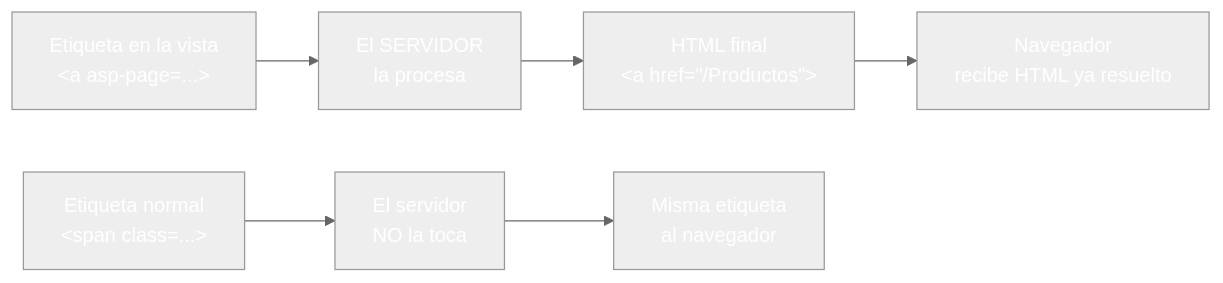
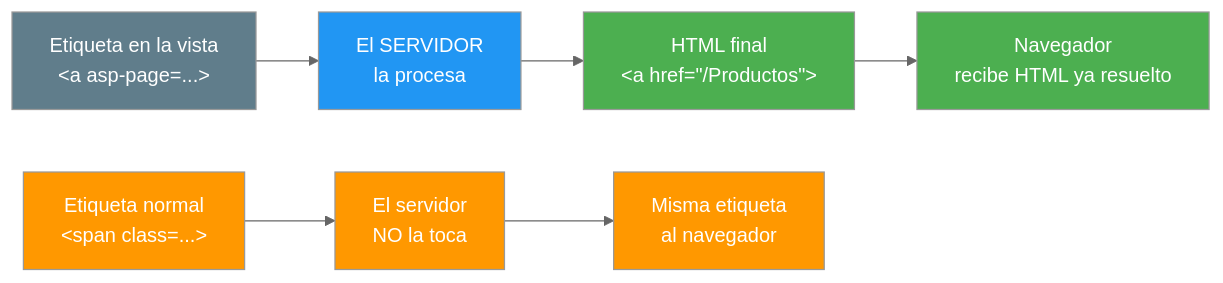
One commit to joseluisgs/DesarrolloWebEntornosServidor-03-2026-2027 changed the first of 5 diagrams in 06-taghelpers.md. Above: the diagram before and after it, drawn with Mermaid (neutral theme). The commit also changed other lines of this file and 25 other files, not shown here.

Commit message:
docs: corregir los estilos Mermaid de los temas y alinear el dominio del tema 25 con ProductosApp

````diff
--- a/06-taghelpers.md
+++ b/06-taghelpers.md
@@ -49,17 +49,17 @@
 ```mermaid
 graph LR
     A["Etiqueta en la vista<br/>&lt;a asp-page=...&gt;"] --> B["El SERVIDOR<br/>la procesa"]
     B --> C["HTML final<br/>&lt;a href=&quot;/Productos&quot;&gt;"]
     C --> D["Navegador<br/>recibe HTML ya resuelto"]
 
     E["Etiqueta normal<br/>&lt;span class=...&gt;"] --> F["El servidor<br/>NO la toca"]
     F --> G["Misma etiqueta<br/>al navegador"]
 
-    style A fill:#607D8,color:#fffB,color:#fff
-    style B fill:#2196F,color:#fff3,color:#fff
-    style C fill:#4CAF5,color:#fff0,color:#fff
-    style D fill:#4CAF5,color:#fff0,color:#fff
-    style E fill:#FF980,color:#fff0,color:#fff
-    style F fill:#FF980,color:#fff0,color:#fff
-    style G fill:#FF980,color:#fff0,color:#fff
+    style A fill:#607D8B,color:#fff
+    style B fill:#2196F3,color:#fff
+    style C fill:#4CAF50,color:#fff
+    style D fill:#4CAF50,color:#fff
+    style E fill:#FF9800,color:#fff
+    style F fill:#FF9800,color:#fff
+    style G fill:#FF9800,color:#fff
 ```
````
